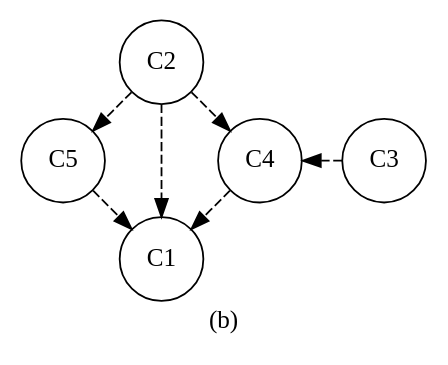
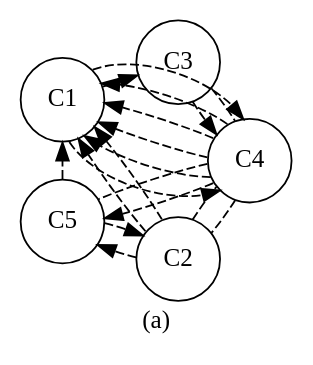
The diagram in paper/graphs/c_com.dot (wangpeipei90/RegexSmells), drawn with Graphviz before and after one commit. The commit also changed 7 other files, not shown here.

```diff
--- a/paper/graphs/c_com.dot
+++ b/paper/graphs/c_com.dot
@@ -1,18 +1,34 @@
 digraph finite_state_machine {
-
+graph [ordering="out"];
 layout="circo";
-graph [nodesep=“4”]
-node [shape = circle];
+node [shape = circle]; 
 overlap=false;
 
 
+C2 -> C1 [label="", style=dashed]
+C2 -> C1 [label="", style=dashed]
 
-C2 -> C1 [label="", style=dashed]
+C1 -> C3 [label="", style=dashed]
+C1 -> C4 [label="", style=dashed]
+
 C4 -> C1 [label="", style=dashed]
+C4 -> C1 [label="", style=dashed]
+C1 -> C4 [label="", style=dashed]
+
+C4 -> C1 [label="", style=dashed]
+C4 -> C1 [label="", style=dashed]
+
 C5 -> C1 [label="", style=dashed]
-C2 -> C4 [label="", style=dashed]
+C5 -> C2 [label="", style=dashed]
 C2 -> C5 [label="", style=dashed]
+C4 -> C2 [dir="none", label="", style=dashed]
+C2 -> C4 [dir="none", label="", style=dashed]
+
+C3 -> C4 [dir="none", label="", style=dashed]
 C3 -> C4 [label="", style=dashed]
-graph [label="(b)", labelloc=b]
+C4 -> C5 [label="", style=dashed]
+C4 -> C5 [dir="none", label="", style=dashed]
+
+graph [label="(a)", labelloc=b]
 
 }
```
